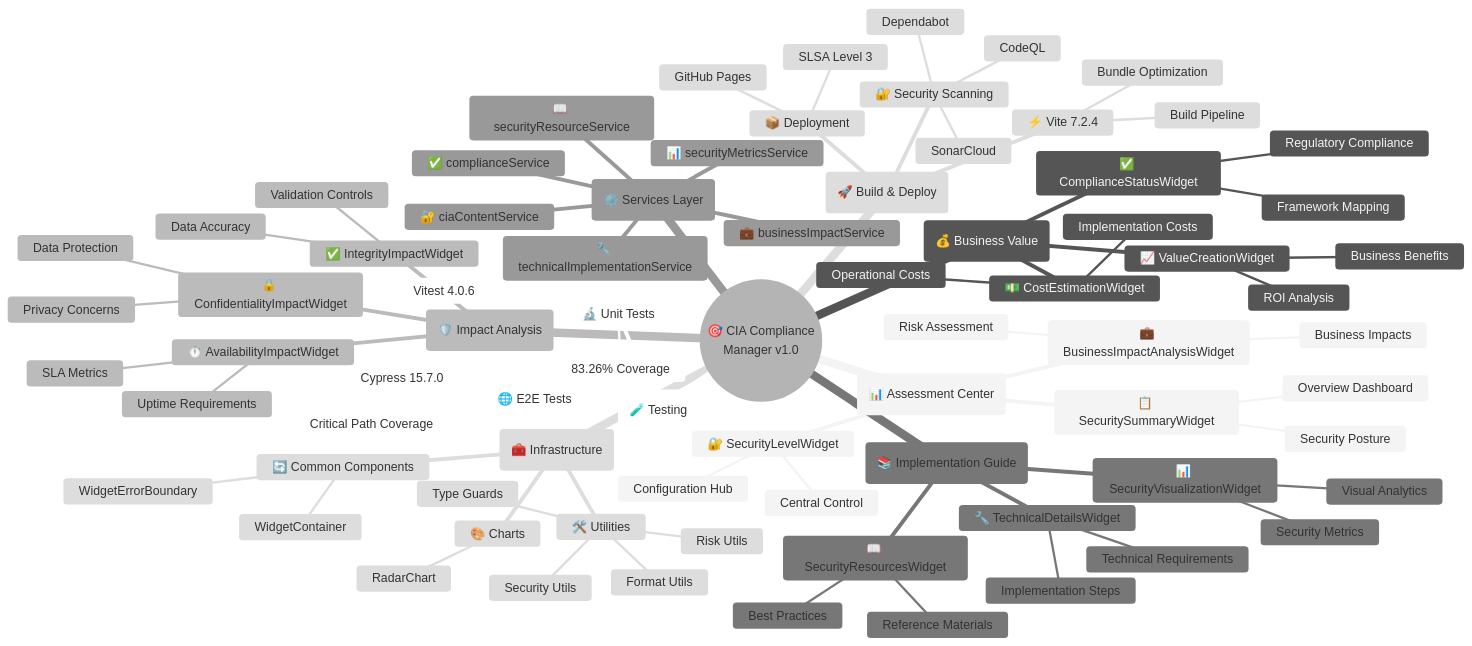
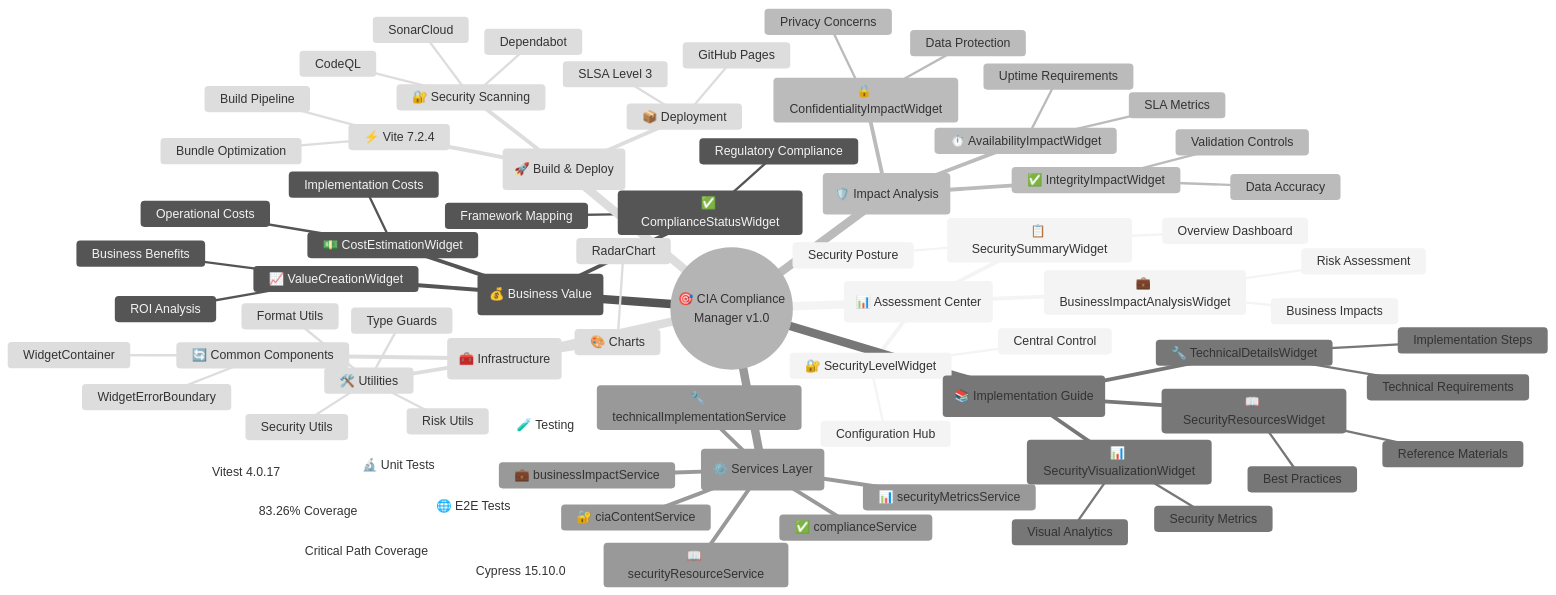
The first of 13 diagrams in docs/architecture/MINDMAP.md (Hack23/cia-compliance-manager), drawn with Mermaid (neutral theme) before and after one commit. The commit also changed other lines of this file and 7 other files, not shown here.

Commit message:
Update versions and dates across MINDMAP, THREAT_MODEL, WORKFLOWS, FLOWCHART, STATEDIAGRAM, DATA_MODEL, SECURITY_ARCHITECTURE, CRA-ASSESSMENT

````diff
--- a/docs/architecture/MINDMAP.md
+++ b/docs/architecture/MINDMAP.md
@@ -93,80 +93,80 @@
 ```mermaid
 mindmap
   root((🎯 CIA Compliance<br/>Manager v1.0))
     (📊 Assessment Center)
       🔐 SecurityLevelWidget
         Configuration Hub
         Central Control
       📋 SecuritySummaryWidget
         Overview Dashboard
         Security Posture
       💼 BusinessImpactAnalysisWidget
         Risk Assessment
         Business Impacts
     (💰 Business Value)
       ✅ ComplianceStatusWidget
         Framework Mapping
         Regulatory Compliance
       💵 CostEstimationWidget
         Implementation Costs
         Operational Costs
       📈 ValueCreationWidget
         Business Benefits
         ROI Analysis
     (🛡️ Impact Analysis)
       🔒 ConfidentialityImpactWidget
         Data Protection
         Privacy Concerns
       ✅ IntegrityImpactWidget
         Data Accuracy
         Validation Controls
       ⏱️ AvailabilityImpactWidget
         Uptime Requirements
         SLA Metrics
     (📚 Implementation Guide)
       🔧 TechnicalDetailsWidget
         Technical Requirements
         Implementation Steps
       📖 SecurityResourcesWidget
         Reference Materials
         Best Practices
       📊 SecurityVisualizationWidget
         Security Metrics
         Visual Analytics
     (⚙️ Services Layer)
       🔐 ciaContentService
       💼 businessImpactService
       ✅ complianceService
       📊 securityMetricsService
       📖 securityResourceService
       🔧 technicalImplementationService
     (🧰 Infrastructure)
       🎨 Charts
         RadarChart
       🔄 Common Components
         WidgetContainer
         WidgetErrorBoundary
       🛠️ Utilities
         Security Utils
         Risk Utils
         Format Utils
         Type Guards
     (🧪 Testing)
       🔬 Unit Tests
-        Vitest 4.0.6
+        Vitest 4.0.17
         83.26% Coverage
       🌐 E2E Tests
-        Cypress 15.7.0
+        Cypress 15.10.0
         Critical Path Coverage
     (🚀 Build & Deploy)
       ⚡ Vite 7.2.4
         Build Pipeline
         Bundle Optimization
       🔐 Security Scanning
         SonarCloud
         CodeQL
         Dependabot
       📦 Deployment
         GitHub Pages
         SLSA Level 3
 ```
````
